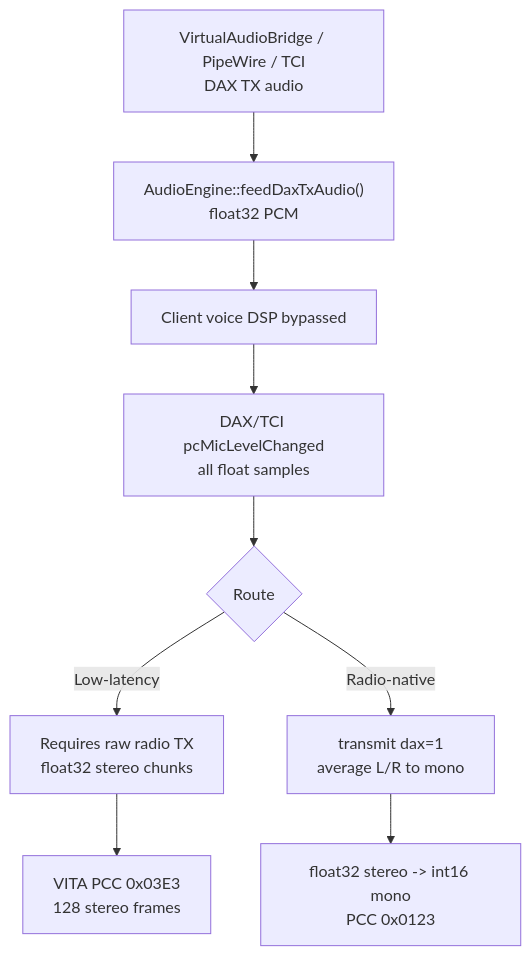
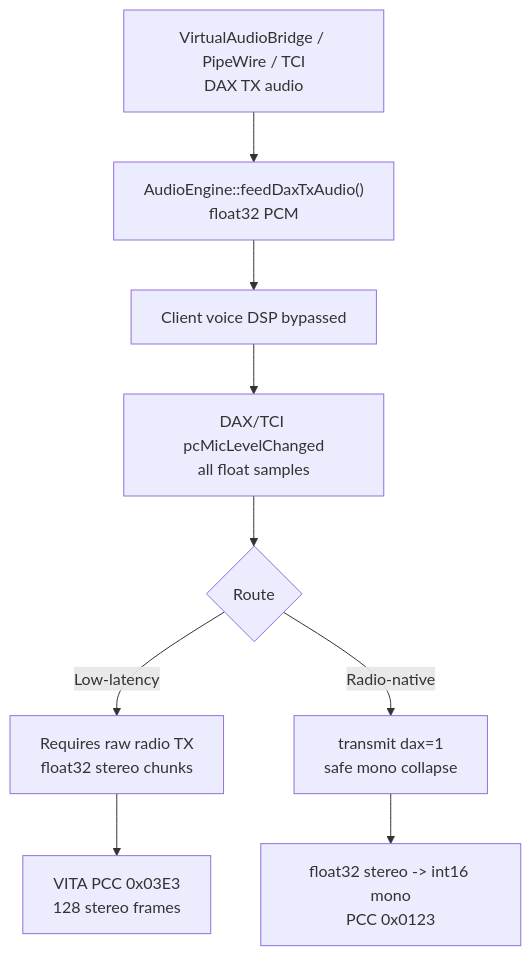
The fourth of 4 diagrams in docs/audio-pipeline.md (loveoz/AetherSDR), drawn with Mermaid before and after one commit. The commit also changed other lines of this file and 6 other files, not shown here.

````diff
--- a/docs/audio-pipeline.md
+++ b/docs/audio-pipeline.md
@@ -431,11 +425,11 @@
 ```mermaid
 flowchart TD
     A["VirtualAudioBridge / PipeWire / TCI<br/>DAX TX audio"] --> B["AudioEngine::feedDaxTxAudio()<br/>float32 PCM"]
     B --> C["Client voice DSP bypassed"]
     C --> D["DAX/TCI pcMicLevelChanged<br/>all float samples"]
     D --> E{"Route"}
     E -->|"Low-latency"| F["Requires raw radio TX<br/>float32 stereo chunks"]
     F --> G["VITA PCC 0x03E3<br/>128 stereo frames"]
-    E -->|"Radio-native"| H["transmit dax=1<br/>average L/R to mono"]
+    E -->|"Radio-native"| H["transmit dax=1<br/>safe mono collapse"]
     H --> I["float32 stereo -> int16 mono<br/>PCC 0x0123"]
 ```
````
